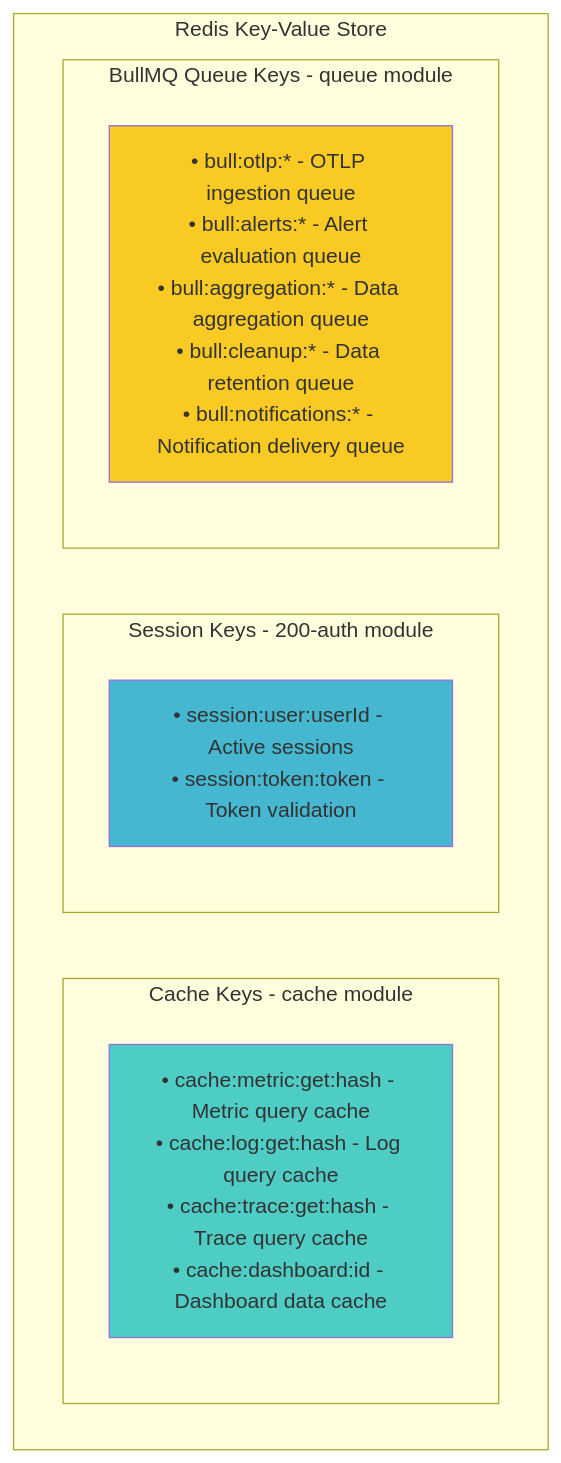
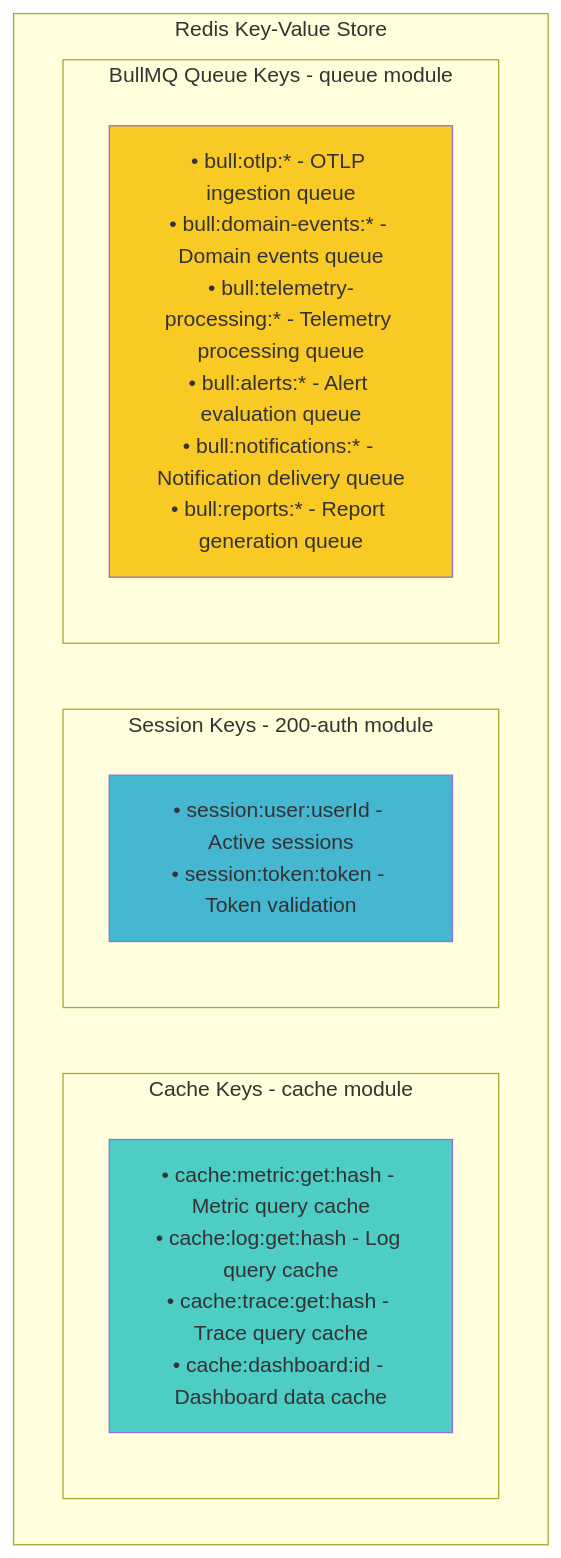
One commit to telemetryflow/telemetryflow-overview changed diagram 11 of 14 in architecture/01-SYSTEM-ARCHITECTURE.md. Above: the diagram before and after it, drawn with Mermaid. The commit also changed other lines of this file and 68 other files, not shown here.

````diff
--- a/architecture/01-SYSTEM-ARCHITECTURE.md
+++ b/architecture/01-SYSTEM-ARCHITECTURE.md
@@ -590,20 +609,20 @@
 ```mermaid
 graph TB
     subgraph "Redis Key-Value Store"
         subgraph "Cache Keys - cache module"
             Cache[• cache:metric:get:hash - Metric query cache<br/>• cache:log:get:hash - Log query cache<br/>• cache:trace:get:hash - Trace query cache<br/>• cache:dashboard:id - Dashboard data cache]
         end
 
         subgraph "Session Keys - 200-auth module"
             Session[• session:user:userId - Active sessions<br/>• session:token:token - Token validation]
         end
 
         subgraph "BullMQ Queue Keys - queue module"
-            Queue[• bull:otlp:* - OTLP ingestion queue<br/>• bull:alerts:* - Alert evaluation queue<br/>• bull:aggregation:* - Data aggregation queue<br/>• bull:cleanup:* - Data retention queue<br/>• bull:notifications:* - Notification delivery queue]
+            Queue[• bull:otlp:* - OTLP ingestion queue<br/>• bull:domain-events:* - Domain events queue<br/>• bull:telemetry-processing:* - Telemetry processing queue<br/>• bull:alerts:* - Alert evaluation queue<br/>• bull:notifications:* - Notification delivery queue<br/>• bull:reports:* - Report generation queue]
         end
     end
 
     style Cache fill:#4ecdc4
     style Session fill:#45b7d1
     style Queue fill:#f9ca24
 ```
````
